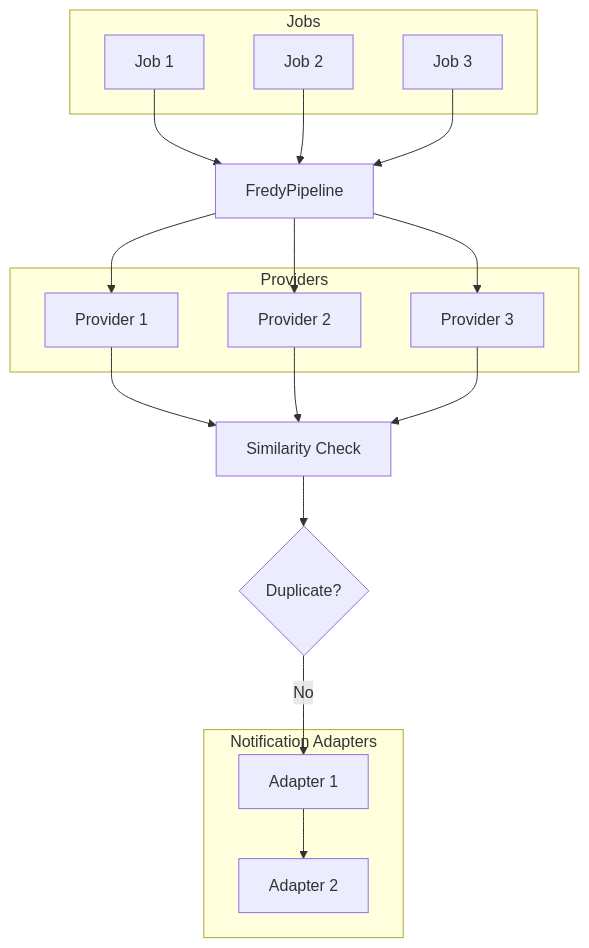
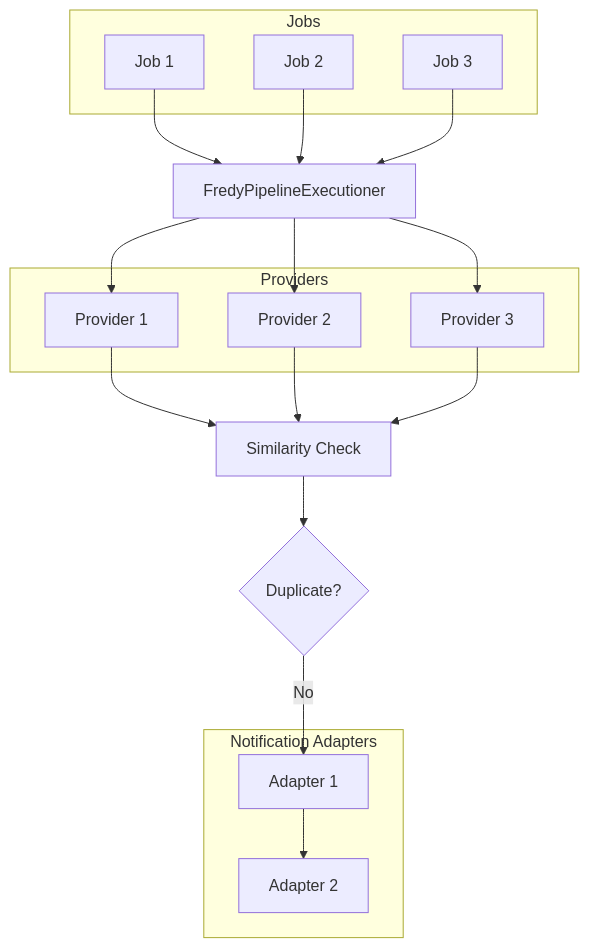
One commit to orangecoding/fredy changed the diagram in README.md. Above: the diagram before and after it, drawn with Mermaid. The commit also changed 16 other files, not shown here.

````diff
--- a/README.md
+++ b/README.md
@@ -192,28 +192,28 @@
 ``` mermaid
 flowchart TD
  subgraph Jobs["Jobs"]
         A1["Job 1"]
         A2["Job 2"]
         A3["Job 3"]
   end
  subgraph Providers["Providers"]
         C1["Provider 1"]
         C2["Provider 2"]
         C3["Provider 3"]
   end
  subgraph NotificationAdapters["Notification Adapters"]
         F1["Adapter 1"]
         F2["Adapter 2"]
   end
 
-    A1 --> B["FredyPipeline"]
+    A1 --> B["FredyPipelineExecutioner"]
     A2 --> B
     A3 --> B
     B --> C1 & C2 & C3
     C1 --> D["Similarity Check"]
     C2 --> D
     C3 --> D
     D --> E{"Duplicate?"}
     E -- No --> F1
     F1 --> F2
 ```
````
